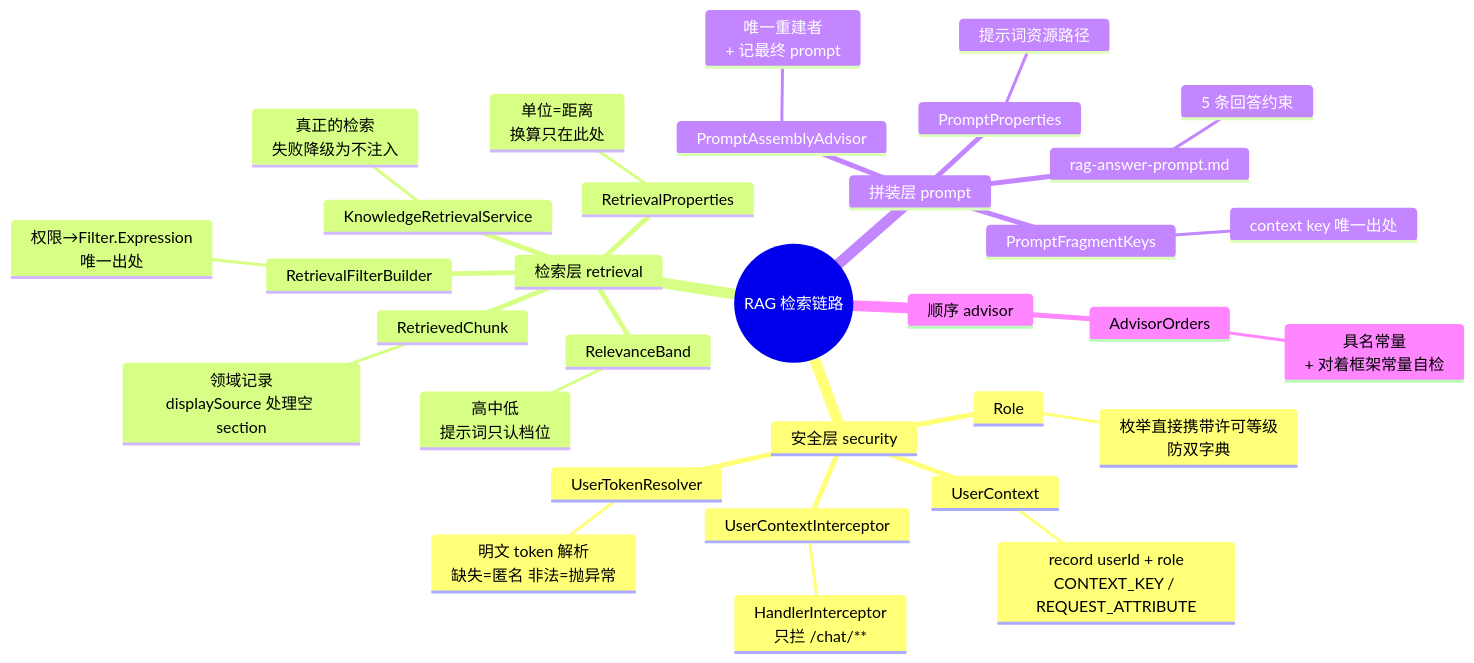
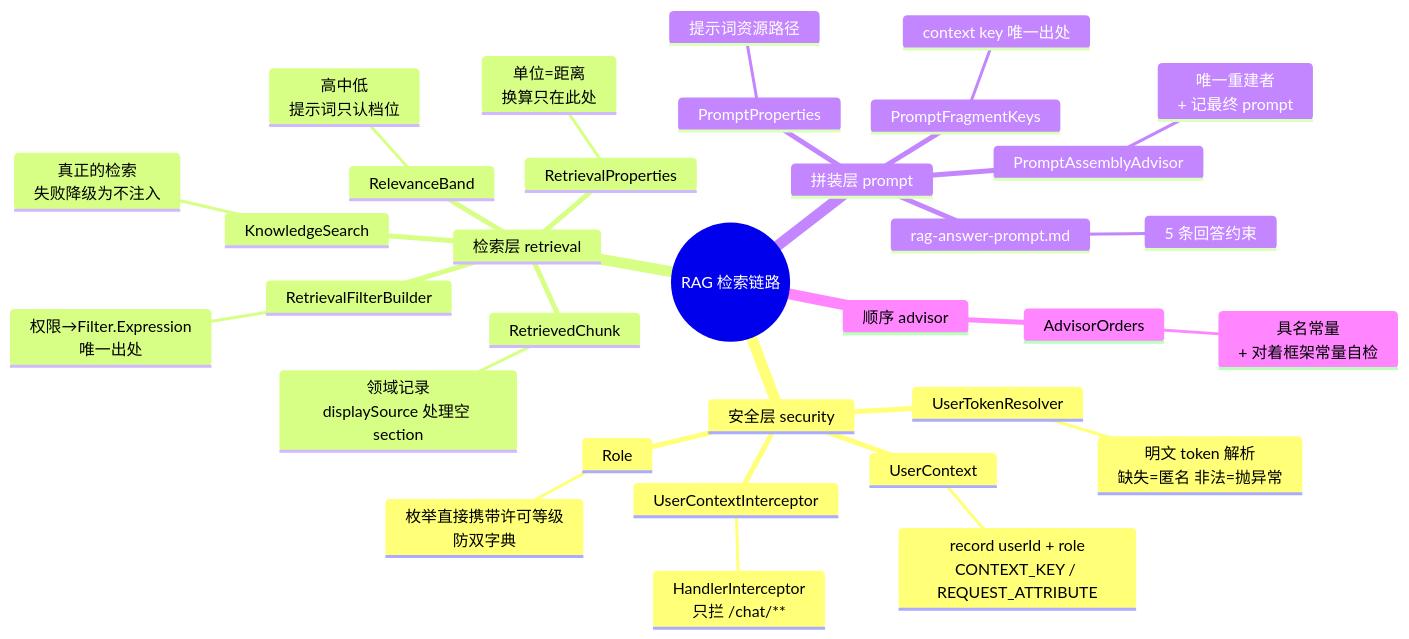
One commit to 746329026/Hagent changed diagram 11 of 27 in docs/PROCEDURES.md. Above: the diagram before and after it, drawn with Mermaid. The commit also changed other lines of this file and 89 other files, not shown here.

````diff
--- a/docs/PROCEDURES.md
+++ b/docs/PROCEDURES.md
@@ -1654,36 +1658,36 @@
 ```mermaid
 mindmap
   root((RAG 检索链路))
     安全层 security
       Role
         枚举直接携带许可等级<br/>防双字典
       UserContext
         record userId + role<br/>CONTEXT_KEY / REQUEST_ATTRIBUTE
       UserTokenResolver
         明文 token 解析<br/>缺失=匿名 非法=抛异常
       UserContextInterceptor
         HandlerInterceptor<br/>只拦 /chat/**
     检索层 retrieval
-      KnowledgeRetrievalService
+      KnowledgeSearch
         真正的检索<br/>失败降级为不注入
       RetrievalFilterBuilder
         权限→Filter.Expression<br/>唯一出处
       RetrievalProperties
         单位=距离<br/>换算只在此处
       RetrievedChunk
         领域记录<br/>displaySource 处理空 section
       RelevanceBand
         高中低<br/>提示词只认档位
     拼装层 prompt
       PromptFragmentKeys
         context key 唯一出处
       PromptProperties
         提示词资源路径
       PromptAssemblyAdvisor
         唯一重建者<br/>+ 记最终 prompt
       rag-answer-prompt.md
         5 条回答约束
     顺序 advisor
       AdvisorOrders
         具名常量<br/>+ 对着框架常量自检
 ```
````
